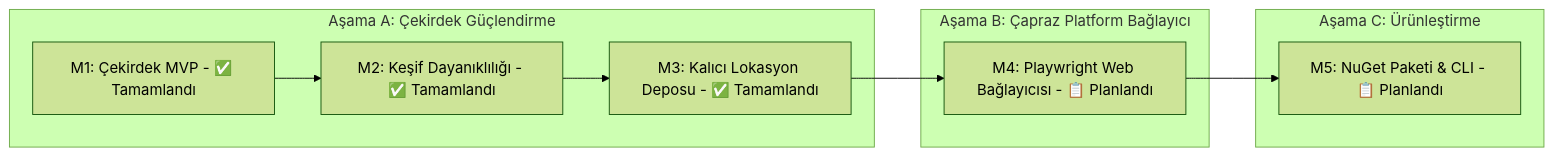
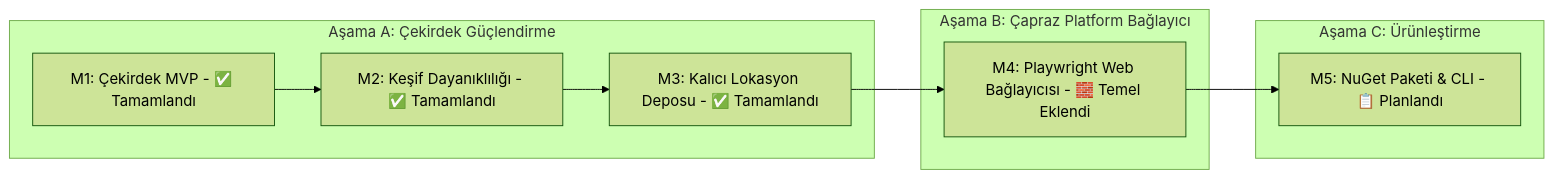
Before and after one commit to mustafasercansak/automation-sandbox: the sixth of 6 diagrams in PROJECT_SHOWCASE.md, drawn with Mermaid (forest theme). The commit also changed other lines of this file and 12 other files, not shown here.

Commit message:
feat: implement WebDiscovery library for Playwright element interaction and automated DOM capture

````diff
--- a/PROJECT_SHOWCASE.md
+++ b/PROJECT_SHOWCASE.md
@@ -363,16 +363,16 @@
 ```mermaid
 graph LR
     subgraph PhaseA [Aşama A: Çekirdek Güçlendirme]
         M1[M1: Çekirdek MVP - ✅ Tamamlandı]
         M2[M2: Keşif Dayanıklılığı - ✅ Tamamlandı]
         M3[M3: Kalıcı Lokasyon Deposu - ✅ Tamamlandı]
         M1 --> M2 --> M3
     end
     subgraph PhaseB [Aşama B: Çapraz Platform Bağlayıcı]
-        M4[M4: Playwright Web Bağlayıcısı - 📋 Planlandı]
+        M4[M4: Playwright Web Bağlayıcısı - 🧱 Temel Eklendi]
     end
     subgraph PhaseC [Aşama C: Ürünleştirme]
         M5[M5: NuGet Paketi & CLI - 📋 Planlandı]
     end
     M3 --> M4 --> M5
 ```
````
